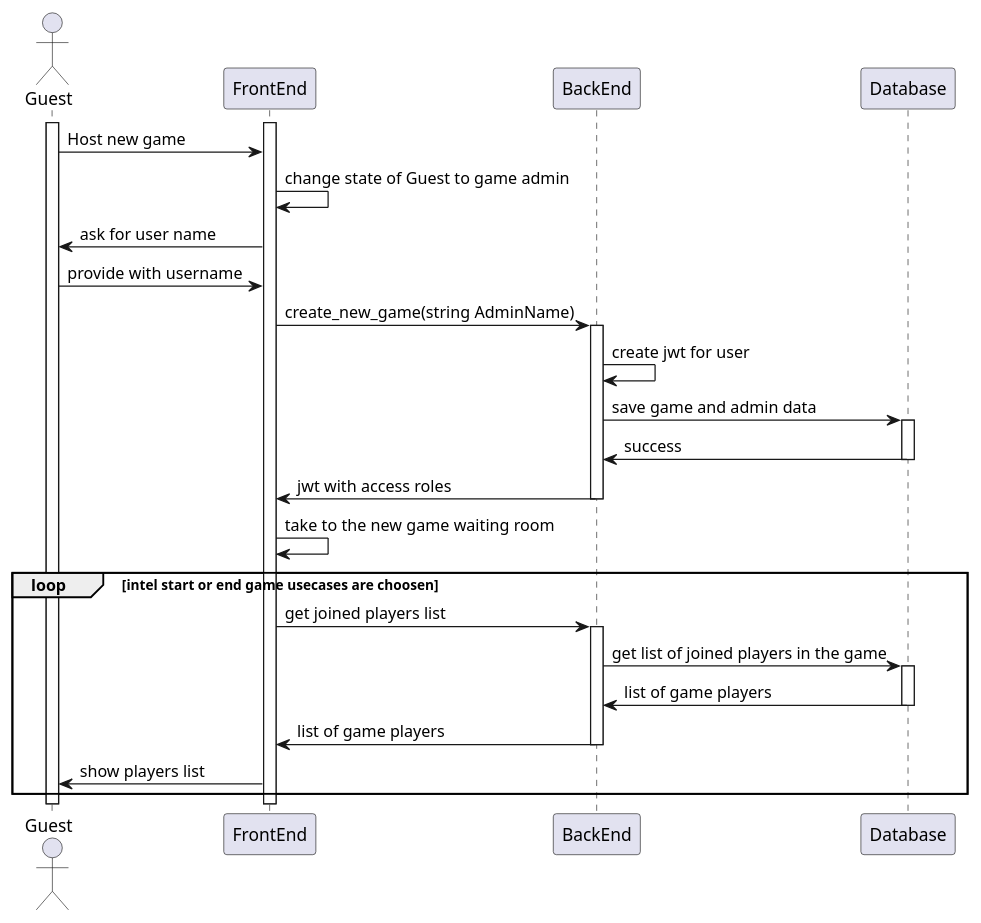
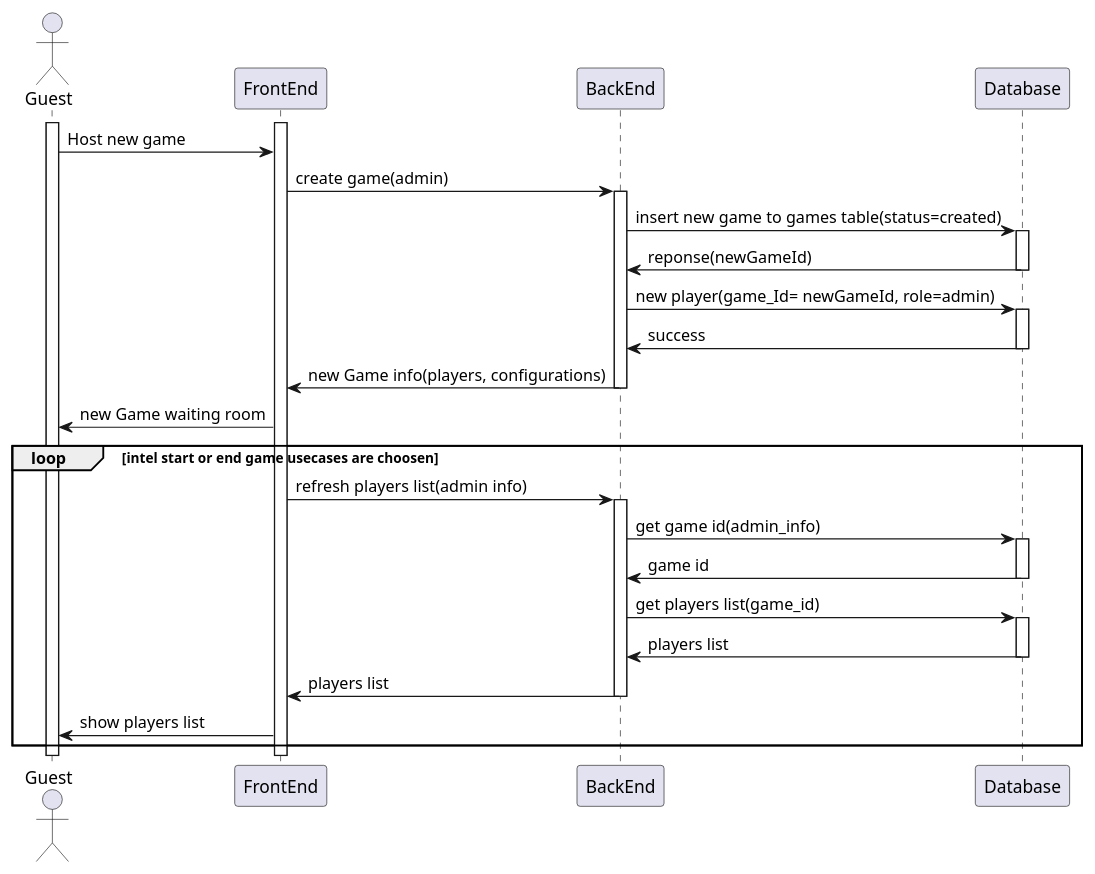
The diagram in detailedSDs/guest/host_game.wsd (monoploy-game/design), drawn with PlantUML before and after one commit. The commit also changed 1 other file, not shown here.

Commit message:
updated host game by guest usecase squence and detailed sequnce diagrames, to fit the database structure

```diff
--- a/detailedSDs/guest/host_game.wsd
+++ b/detailedSDs/guest/host_game.wsd
@@ -1,47 +1,53 @@
 @startuml
 
 actor Guest
 
 Activate Guest
 Activate FrontEnd
 
 Guest ->  FrontEnd : Host new game
-FrontEnd -> FrontEnd : change state of Guest to game admin
-FrontEnd -> Guest : ask for user name
-Guest ->  FrontEnd : provide with username
-
-FrontEnd -> BackEnd : create_new_game(string AdminName)
+FrontEnd -> BackEnd : create game(admin)
 Activate BackEnd
 
-BackEnd -> BackEnd : create jwt for user
+BackEnd -> Database : insert new game to games table(status=created)
+Activate Database
 
-BackEnd -> Database : save game and admin data
+Database -> BackEnd : reponse(newGameId)
+deactivate Database
+
+BackEnd -> Database : new player(game_Id= newGameId, role=admin)
 Activate Database
 
 Database -> BackEnd : success
-Deactivate Database
+deactivate Database
 
-BackEnd -> FrontEnd : jwt with access roles
-Deactivate BackEnd
+BackEnd -> FrontEnd : new Game info(players, configurations)
+deactivate BackEnd
 
-FrontEnd -> FrontEnd : take to the new game waiting room
+FrontEnd -> Guest : new Game waiting room
 
 loop intel start or end game usecases are choosen
 
-    FrontEnd -> BackEnd : get joined players list
+    FrontEnd -> BackEnd : refresh players list(admin info)
     Activate BackEnd
 
-    BackEnd -> Database : get list of joined players in the game
+    BackEnd -> Database : get game id(admin_info)
     Activate Database
 
-    Database -> BackEnd : list of game players
+    Database -> BackEnd : game id
     deactivate Database
 
-    BackEnd -> FrontEnd : list of game players
+    BackEnd -> Database : get players list(game_id)
+    Activate Database
+
+    Database -> BackEnd : players list
+    deactivate Database
+
+    BackEnd -> FrontEnd : players list
     deactivate BackEnd
 
     FrontEnd -> Guest : show players list
 
 end
 
 @enduml
```
